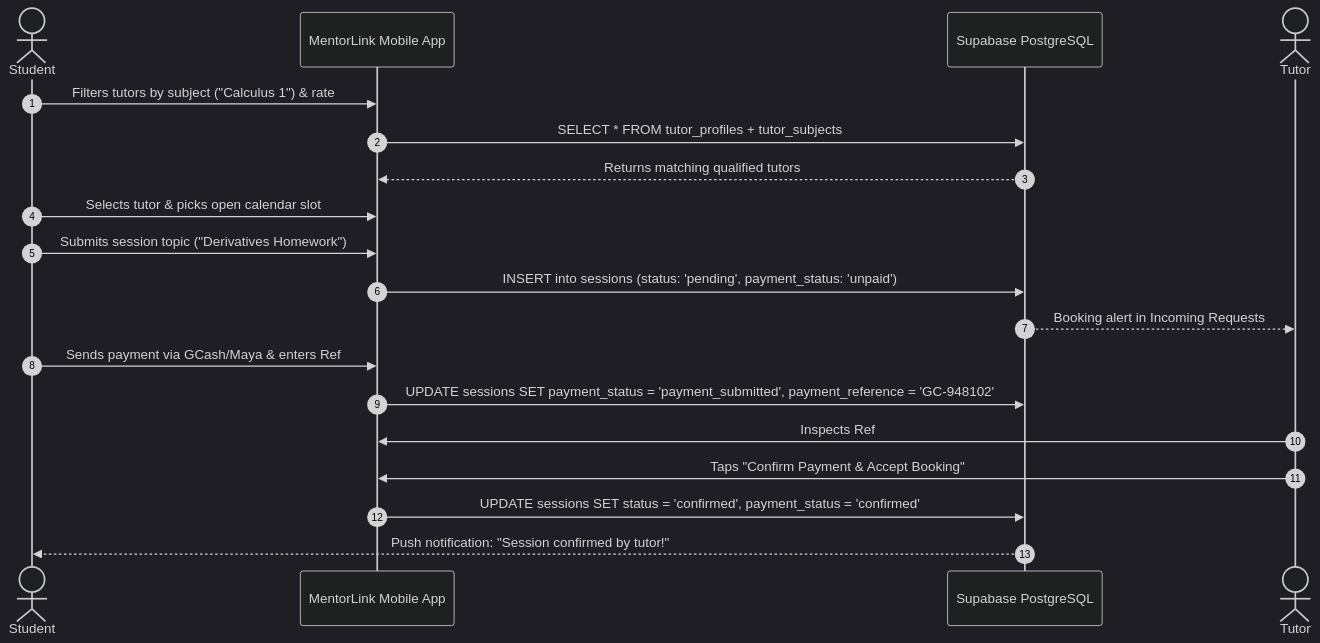
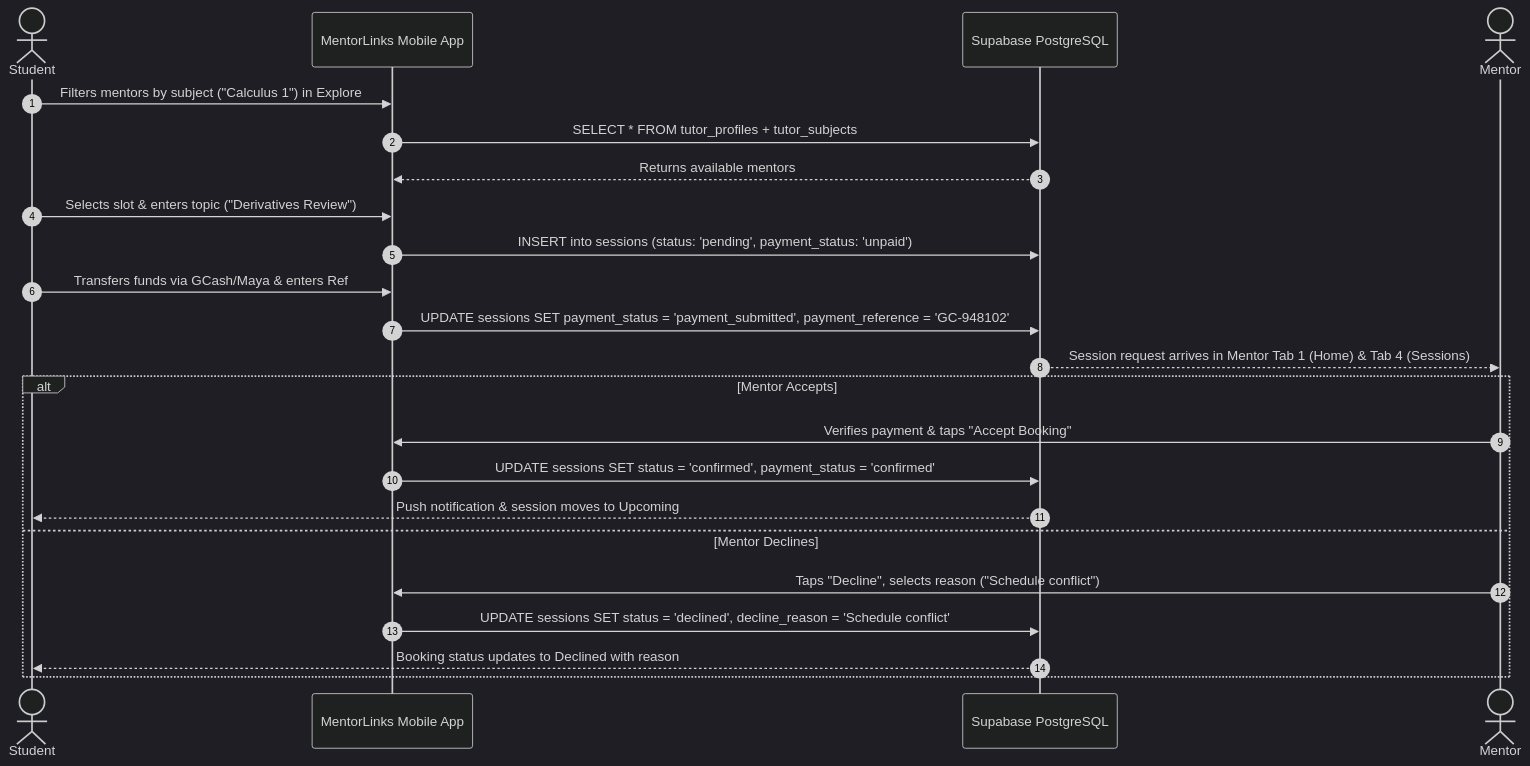
Before and after one commit to jaynzxc/MentorshipTutoringApp: the first of 2 diagrams in .agent/skills/system-flow/SKILL.md, drawn with Mermaid (dark theme). The commit also changed other lines of this file and 23 other files, not shown here.

````diff
--- a/.agent/skills/system-flow/SKILL.md
+++ b/.agent/skills/system-flow/SKILL.md
@@ -85,22 +87,26 @@
 ```mermaid
 sequenceDiagram
     autonumber
     actor Student
-    participant App as MentorLink Mobile App
+    participant App as MentorLinks Mobile App
     participant DB as Supabase PostgreSQL
-    actor Tutor
+    actor Mentor
 
-    Student->>App: Filters tutors by subject ("Calculus 1") & rate
+    Student->>App: Filters mentors by subject ("Calculus 1") in Explore
     App->>DB: SELECT * FROM tutor_profiles + tutor_subjects
-    DB-->>App: Returns matching qualified tutors
-    Student->>App: Selects tutor & picks open calendar slot
-    Student->>App: Submits session topic ("Derivatives Homework")
+    DB-->>App: Returns available mentors
+    Student->>App: Selects slot & enters topic ("Derivatives Review")
     App->>DB: INSERT into sessions (status: 'pending', payment_status: 'unpaid')
-    DB-->>Tutor: Booking alert in Incoming Requests
-    Student->>App: Sends payment via GCash/Maya & enters Ref # ("GC-948102")
+    Student->>App: Transfers funds via GCash/Maya & enters Ref # ("GC-948102")
     App->>DB: UPDATE sessions SET payment_status = 'payment_submitted', payment_reference = 'GC-948102'
-    Tutor->>App: Inspects Ref # and verifies funds in payment app
-    Tutor->>App: Taps "Confirm Payment & Accept Booking"
-    App->>DB: UPDATE sessions SET status = 'confirmed', payment_status = 'confirmed'
-    DB-->>Student: Push notification: "Session confirmed by tutor!"
+    DB-->>Mentor: Session request arrives in Mentor Tab 1 (Home) & Tab 4 (Sessions)
+    alt Mentor Accepts
+        Mentor->>App: Verifies payment & taps "Accept Booking"
+        App->>DB: UPDATE sessions SET status = 'confirmed', payment_status = 'confirmed'
+        DB-->>Student: Push notification & session moves to Upcoming
+    else Mentor Declines
+        Mentor->>App: Taps "Decline", selects reason ("Schedule conflict")
+        App->>DB: UPDATE sessions SET status = 'declined', decline_reason = 'Schedule conflict'
+        DB-->>Student: Booking status updates to Declined with reason
+    end
 ```
````
